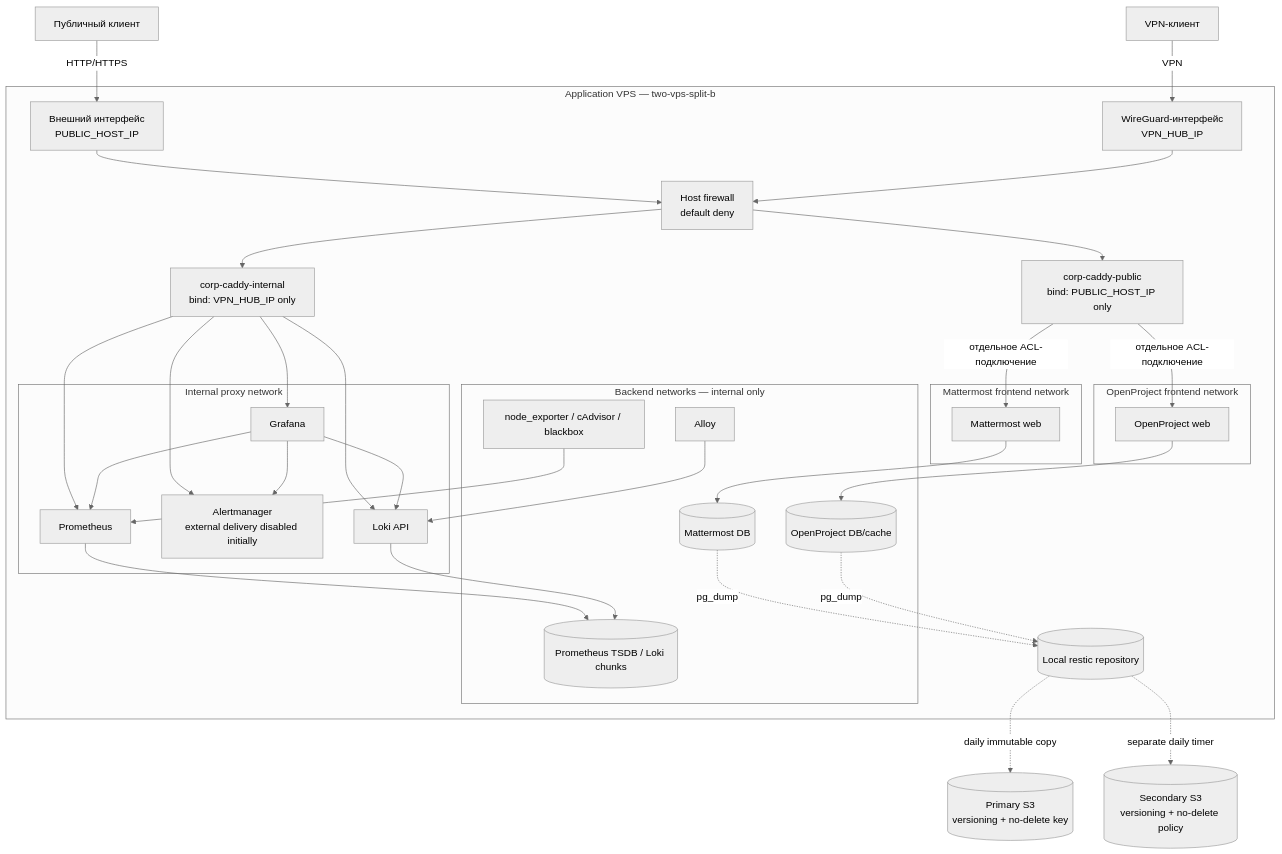
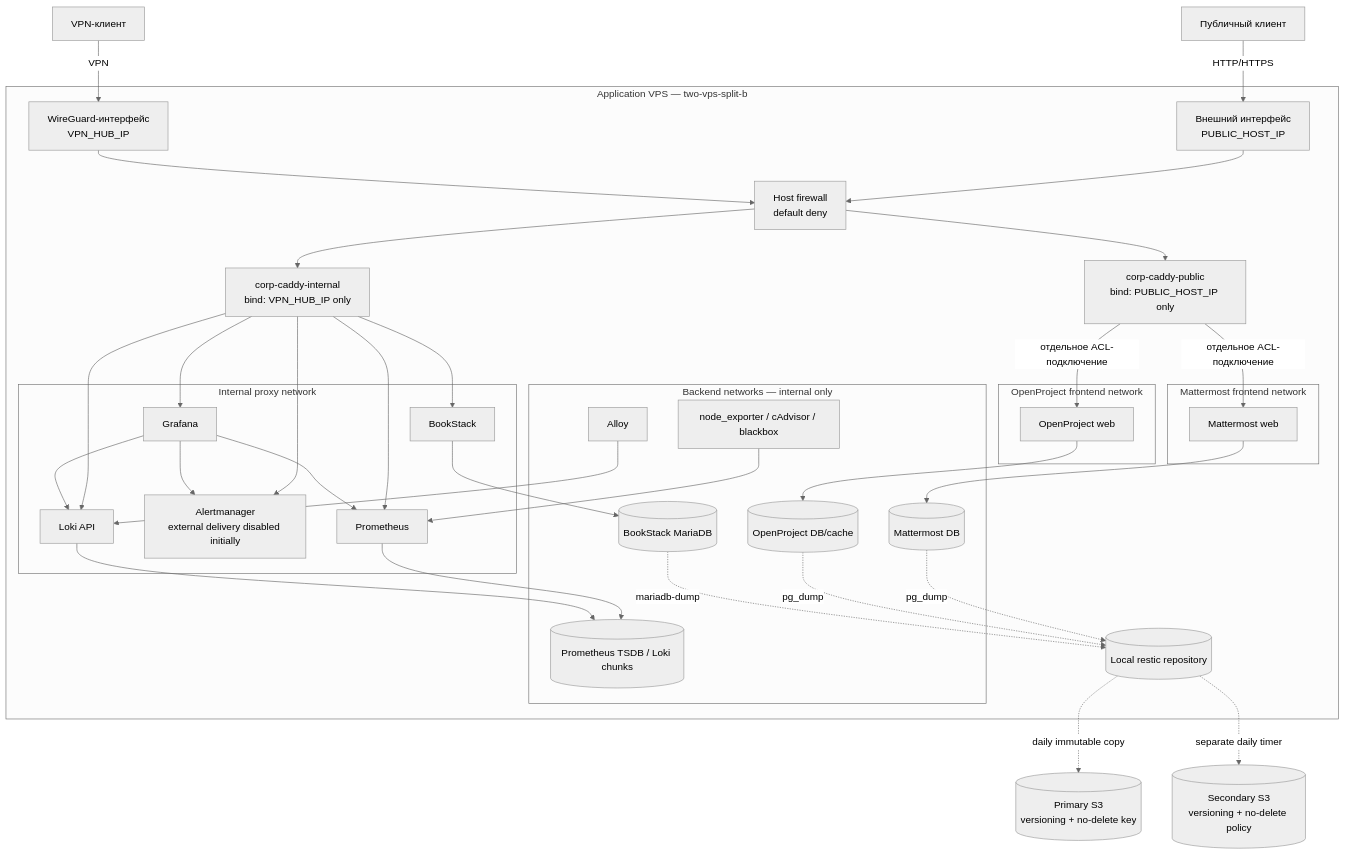
One commit to djd1m/corp-infra-bootstrap changed the second of 2 diagrams in for-humans/05-architecture-diagrams.md. Above: the diagram before and after it, drawn with Mermaid (neutral theme). The commit also changed other lines of this file and 6 other files, not shown here.

````diff
--- a/for-humans/05-architecture-diagrams.md
+++ b/for-humans/05-architecture-diagrams.md
@@ -62,65 +68,70 @@
 ```mermaid
 flowchart TB
     public_client[Публичный клиент]
     vpn_client[VPN-клиент]
 
     subgraph host[Application VPS — two-vps-split-b]
         ext_if[Внешний интерфейс<br/>PUBLIC_HOST_IP]
         wg_if[WireGuard-интерфейс<br/>VPN_HUB_IP]
         firewall[Host firewall<br/>default deny]
 
         public_caddy[corp-caddy-public<br/>bind: PUBLIC_HOST_IP only]
         internal_caddy[corp-caddy-internal<br/>bind: VPN_HUB_IP only]
 
         subgraph mm_front[Mattermost frontend network]
             mm_web[Mattermost web]
         end
         subgraph op_front[OpenProject frontend network]
             op_web[OpenProject web]
         end
         subgraph admin_front[Internal proxy network]
+            bookstack[BookStack]
             grafana[Grafana]
             prometheus[Prometheus]
             alertmanager[Alertmanager<br/>external delivery disabled initially]
             loki_api[Loki API]
         end
 
         subgraph private_data[Backend networks — internal only]
             mm_db[(Mattermost DB)]
             op_db[(OpenProject DB/cache)]
+            wiki_db[(BookStack MariaDB)]
             exporters[node_exporter / cAdvisor / blackbox]
             alloy[Alloy]
             metrics[(Prometheus TSDB / Loki chunks)]
         end
 
         local_restic[(Local restic repository)]
 
         ext_if --> firewall --> public_caddy
         wg_if --> firewall --> internal_caddy
         public_caddy -->|отдельное ACL-подключение| mm_web
         public_caddy -->|отдельное ACL-подключение| op_web
+        internal_caddy --> bookstack
         internal_caddy --> grafana
         internal_caddy --> prometheus
         internal_caddy --> alertmanager
         internal_caddy --> loki_api
         mm_web --> mm_db
         op_web --> op_db
+        bookstack --> wiki_db
         exporters --> prometheus
         alloy --> loki_api
         prometheus --> metrics
         loki_api --> metrics
         grafana --> prometheus
         grafana --> loki_api
         grafana --> alertmanager
         mm_db -. pg_dump .-> local_restic
         op_db -. pg_dump .-> local_restic
+        wiki_db -. mariadb-dump .-> local_restic
     end
 
     primary_s3[(Primary S3<br/>versioning + no-delete key)]
     secondary_s3[(Secondary S3<br/>versioning + no-delete policy)]
 
     public_client -->|HTTP/HTTPS| ext_if
     vpn_client -->|VPN| wg_if
     local_restic -. daily immutable copy .-> primary_s3
     local_restic -. separate daily timer .-> secondary_s3
 ```
````
